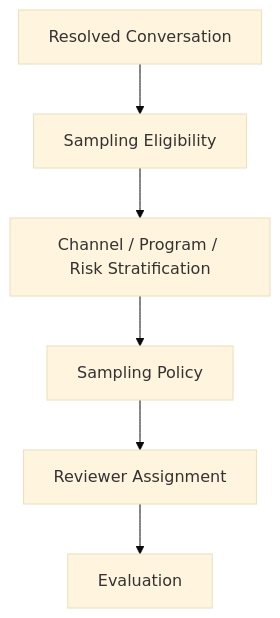
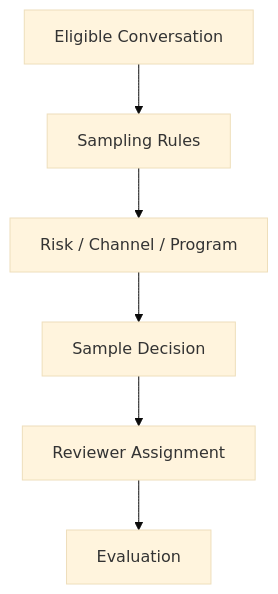
The second of 4 diagrams in docs/domain/quality.md (D-engahmed/OMILINKS), drawn with Mermaid (base theme) before and after one commit. The commit also changed other lines of this file and 1 other file, not shown here.

```diff
--- a/docs/domain/quality.md
+++ b/docs/domain/quality.md
@@ -104,8 +66,8 @@
 ~~~mermaid
 flowchart TD
-CONV[Resolved Conversation] --> ELIGIBLE[Sampling Eligibility]
-ELIGIBLE --> STRATIFY[Channel / Program / Risk Stratification]
-STRATIFY --> SAMPLE[Sampling Policy]
+CONV[Eligible Conversation] --> RULES[Sampling Rules]
+RULES --> STRATA[Risk / Channel / Program]
+STRATA --> SAMPLE[Sample Decision]
 SAMPLE --> ASSIGN[Reviewer Assignment]
 ASSIGN --> EVAL[Evaluation]
 ~~~
```
